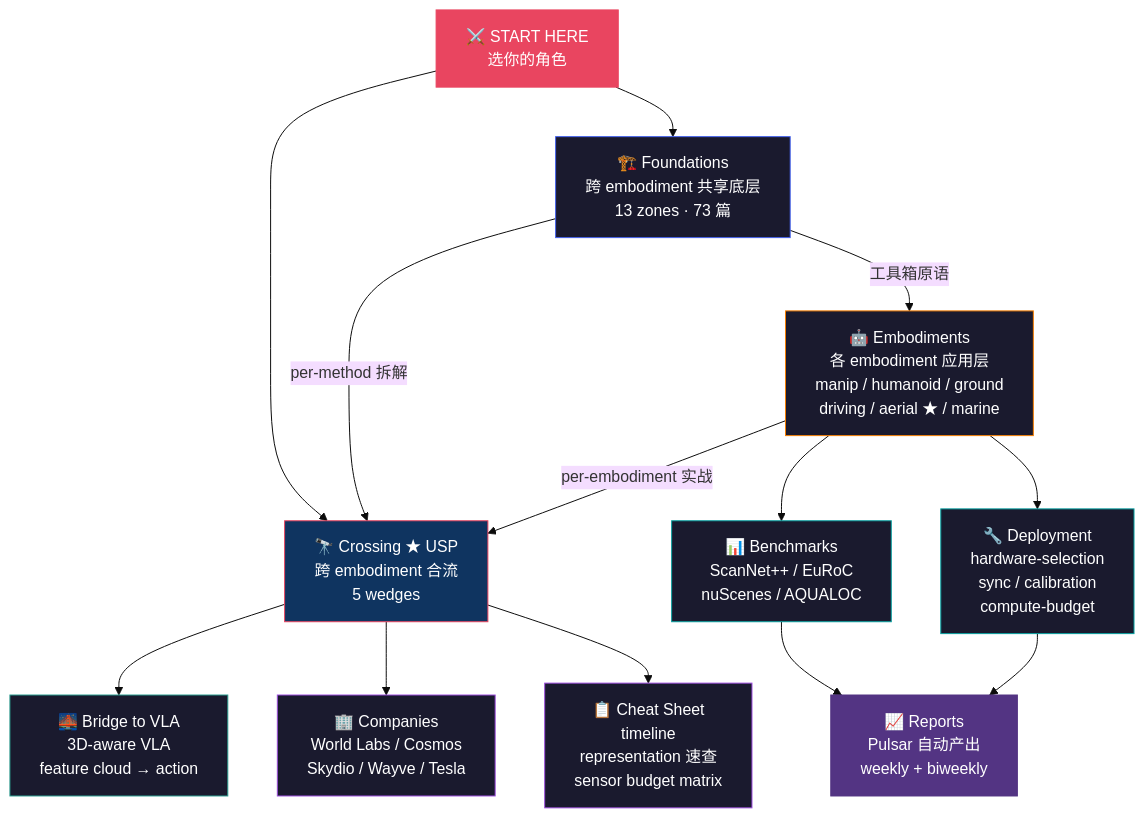
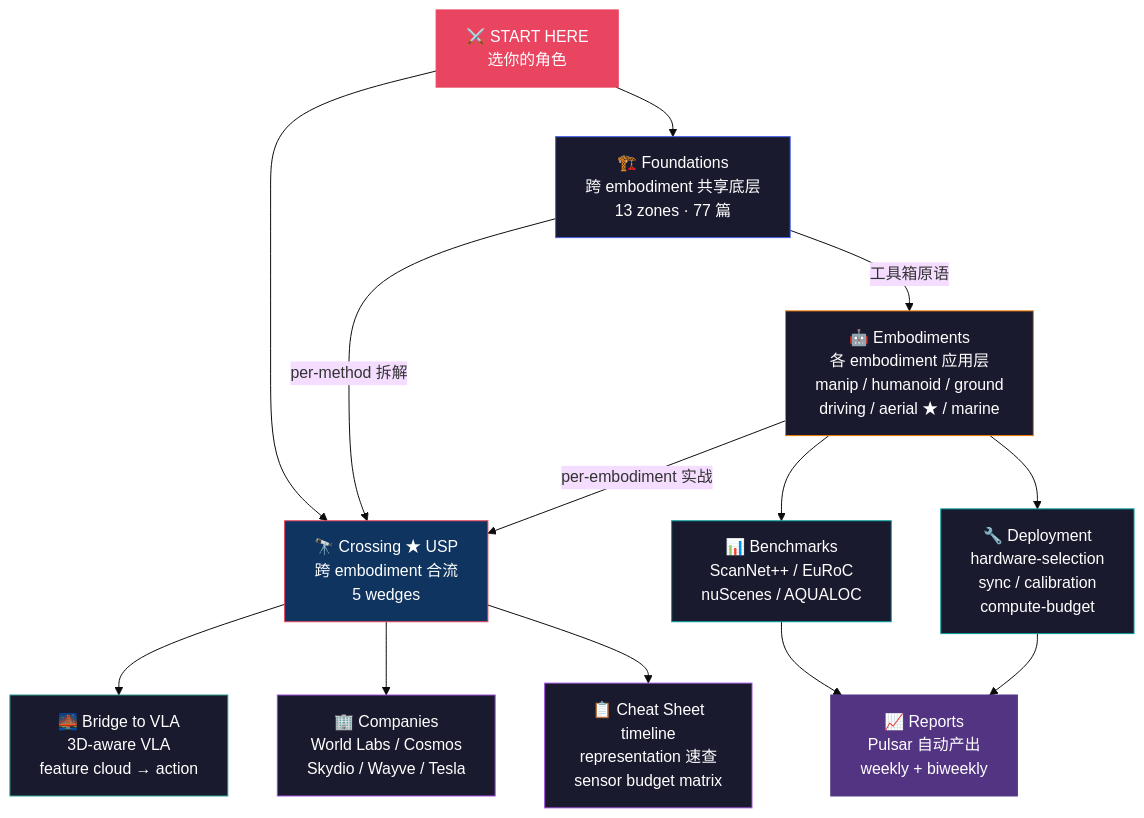
The diagram in README.md (sou350121/Spatial-Intelligence-Handbook), drawn with Mermaid (base theme) before and after one commit. The commit also changed other lines of this file and 35 other files, not shown here.

````diff
--- a/README.md
+++ b/README.md
@@ -48,31 +48,31 @@
 ```mermaid
 graph TD
-    START["⚔️ START HERE<br/>选你的角色"] --> FOUND["🏗️ Foundations<br/>跨 embodiment 共享底层<br/>13 zones · 73 篇"]
+    START["⚔️ START HERE<br/>选你的角色"] --> FOUND["🏗️ Foundations<br/>跨 embodiment 共享底层<br/>13 zones · 77 篇"]
     START --> CROSS["🔭 Crossing ★ USP<br/>跨 embodiment 合流<br/>5 wedges"]
 
     FOUND -->|"工具箱原语"| EMB["🤖 Embodiments<br/>各 embodiment 应用层<br/>manip / humanoid / ground<br/>driving / aerial ★ / marine"]
     FOUND -->|"per-method 拆解"| CROSS
 
     EMB -->|"per-embodiment 实战"| CROSS
 
     CROSS --> BRIDGE["🌉 Bridge to VLA<br/>3D-aware VLA<br/>feature cloud → action"]
     CROSS --> COMP["🏢 Companies<br/>World Labs / Cosmos<br/>Skydio / Wayve / Tesla"]
     CROSS --> CHEAT["📋 Cheat Sheet<br/>timeline<br/>representation 速查<br/>sensor budget matrix"]
 
     EMB --> BENCH["📊 Benchmarks<br/>ScanNet++ / EuRoC<br/>nuScenes / AQUALOC"]
     EMB --> DEPLOY["🔧 Deployment<br/>hardware-selection<br/>sync / calibration<br/>compute-budget"]
 
     BENCH --> REP["📈 Reports<br/>Pulsar 自动产出<br/>weekly + biweekly"]
     DEPLOY --> REP
 
     style START fill:#e94560,stroke:#e94560,color:#fff
     style FOUND fill:#1a1a2e,stroke:#4361ee,color:#fff
     style EMB fill:#1a1a2e,stroke:#f77f00,color:#fff
     style CROSS fill:#0f3460,stroke:#e94560,color:#fff
     style BRIDGE fill:#1a1a2e,stroke:#2a9d8f,color:#fff
     style COMP fill:#1a1a2e,stroke:#9d4edd,color:#fff
     style CHEAT fill:#1a1a2e,stroke:#9d4edd,color:#fff
     style BENCH fill:#1a1a2e,stroke:#06a0a0,color:#fff
     style DEPLOY fill:#1a1a2e,stroke:#06a0a0,color:#fff
     style REP fill:#533483,stroke:#533483,color:#fff
 ```
````
